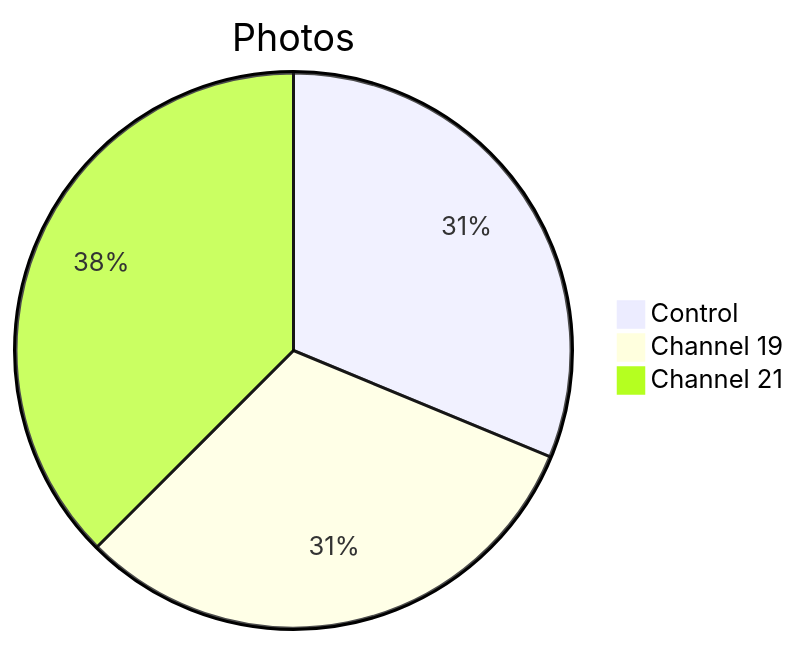
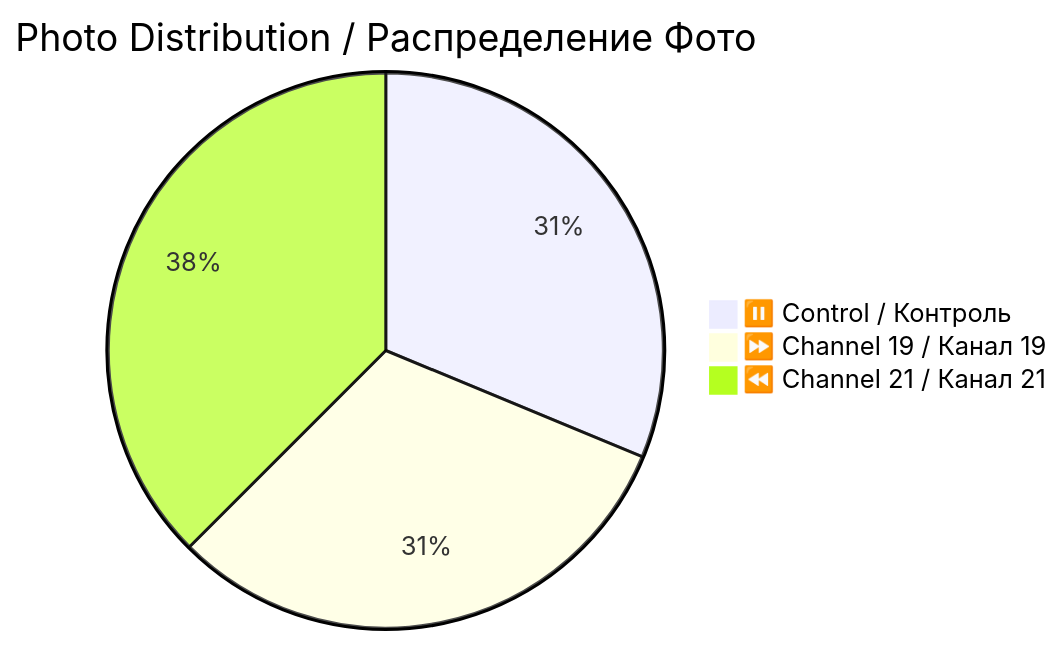
The first of 2 diagrams in original_research/data/patient-03/photos/README.md (AdvancedScientificResearchProjects/Hyperbolic_Field_BloodPlasma_Study), drawn with Mermaid before and after one commit. The commit also changed other lines of this file and 6 other files, not shown here.

````diff
--- a/original_research/data/patient-03/photos/README.md
+++ b/original_research/data/patient-03/photos/README.md
@@ -15,6 +15,6 @@
 ```mermaid
-pie title Photos
-    "Control" : 5
-    "Channel 19" : 5
-    "Channel 21" : 6
+pie title Photo Distribution / Распределение Фото
+    "⏸️ Control / Контроль" : 5
+    "⏩ Channel 19 / Канал 19" : 5
+    "⏪ Channel 21 / Канал 21" : 6
 ```
````
